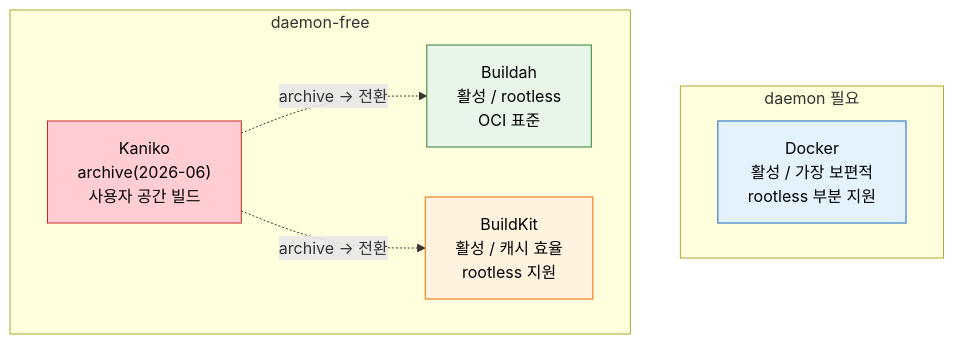
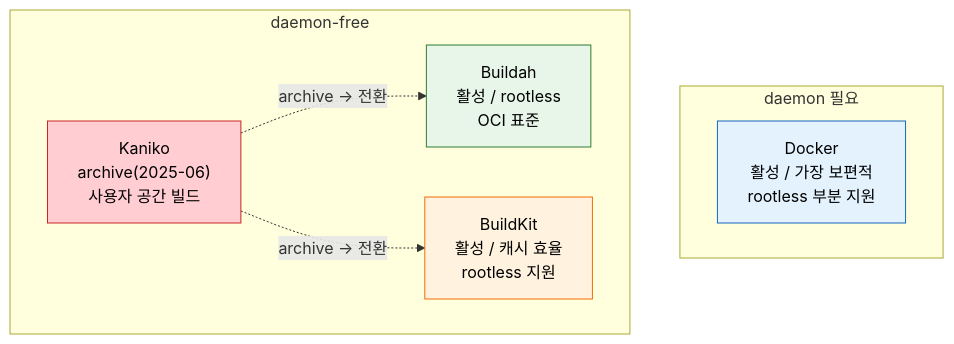
One commit to scofe97/StduyWrite changed the first of 3 diagrams in write/07_devops/02_Jenkins/03_agent/01-04.빌드 도구 비교와 선택.md. Above: the diagram before and after it, drawn with Mermaid. The commit also changed other lines of this file and 3 other files, not shown here.

Commit message:
docs: Docker vs Kaniko 운영·OCI 차이 보강 + SVG 2장 (kaniko archive 2025-06 정정)

````diff
--- a/write/07_devops/02_Jenkins/03_agent/01-04.빌드 도구 비교와 선택.md
+++ b/write/07_devops/02_Jenkins/03_agent/01-04.빌드 도구 비교와 선택.md
@@ -59,20 +59,20 @@
 ```mermaid
 flowchart TB
     subgraph DaemonReq["daemon 필요"]
         DK["Docker<br>활성 / 가장 보편적<br>rootless 부분 지원"]
     end
 
     subgraph DaemonFree["daemon-free"]
-        KN["Kaniko<br>archive(2026-06)<br>사용자 공간 빌드"]
+        KN["Kaniko<br>archive(2025-06)<br>사용자 공간 빌드"]
         BA["Buildah<br>활성 / rootless<br>OCI 표준"]
         BK["BuildKit<br>활성 / 캐시 효율<br>rootless 지원"]
     end
 
     KN -.->|"archive → 전환"| BA
     KN -.->|"archive → 전환"| BK
 
     style DK fill:#e3f2fd,stroke:#1565c0,color:#000
     style KN fill:#ffcdd2,stroke:#c62828,color:#000
     style BA fill:#e8f5e9,stroke:#2e7d32,color:#000
     style BK fill:#fff3e0,stroke:#ef6c00,color:#000
 ```
````
